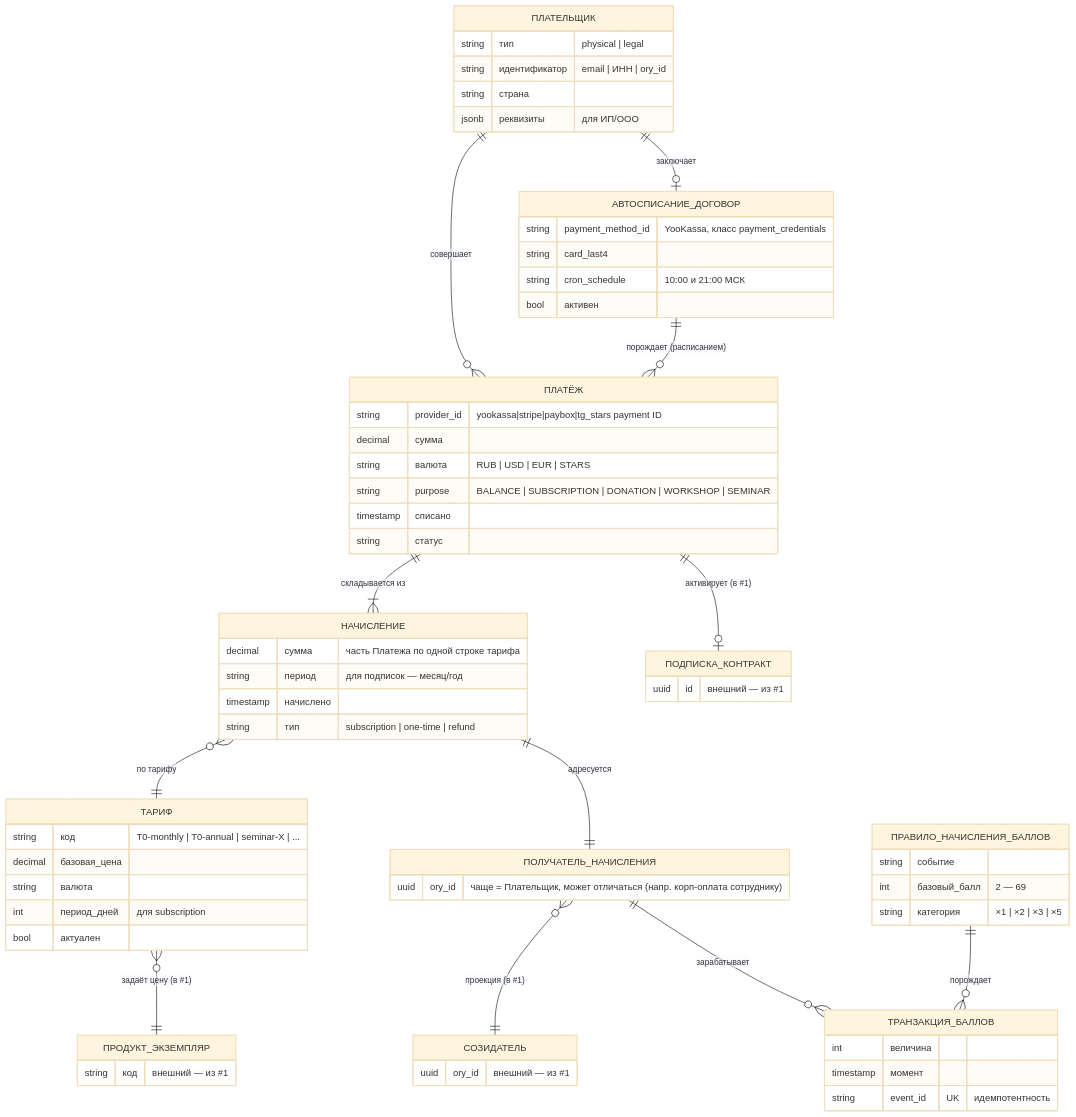
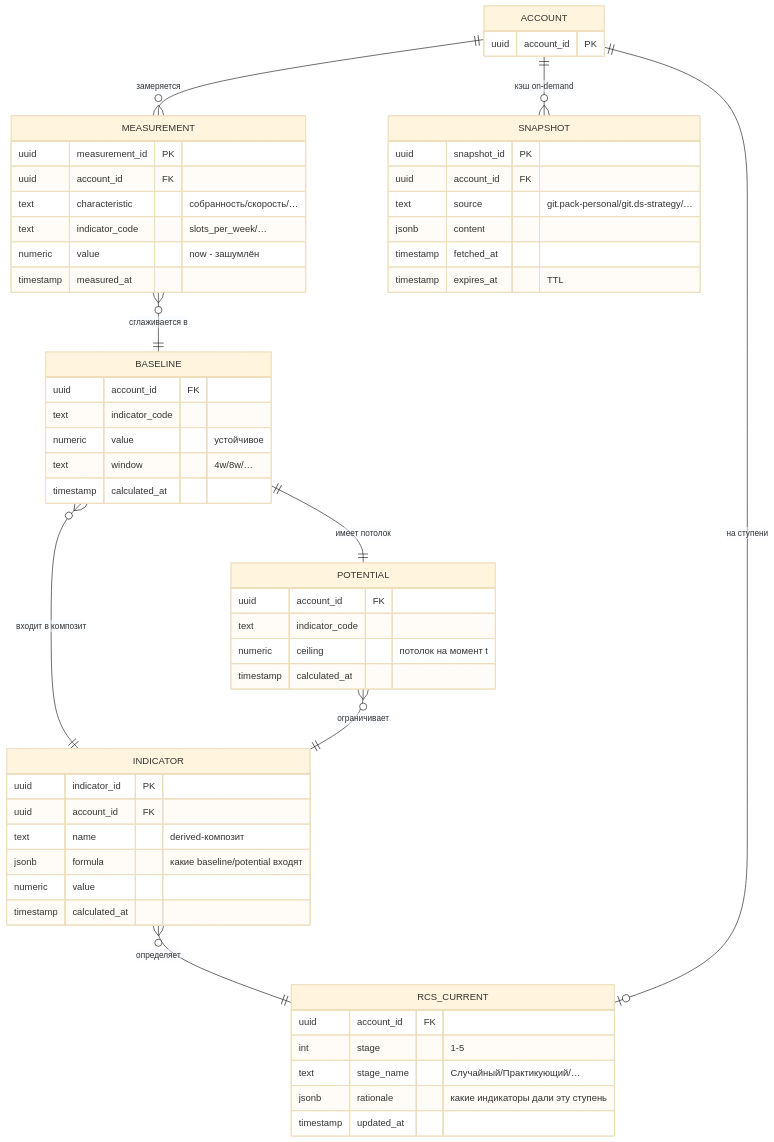
The sixth of 17 diagrams in pack/digital-platform/02-domain-entities/DP.ARCH.004-neon-data-architecture.md (TserenTserenov/PACK-digital-platform), drawn with Mermaid (base theme) before and after one commit. The commit also changed other lines of this file and 29 other files, not shown here.

````diff
--- a/pack/digital-platform/02-domain-entities/DP.ARCH.004-neon-data-architecture.md
+++ b/pack/digital-platform/02-domain-entities/DP.ARCH.004-neon-data-architecture.md
@@ -476,70 +542,59 @@
 ```mermaid
 erDiagram
-    ПЛАТЕЛЬЩИК ||--o{ ПЛАТЁЖ : "совершает"
-    ПЛАТЕЛЬЩИК ||--o| АВТОСПИСАНИЕ_ДОГОВОР : "заключает"
-    ПЛАТЁЖ ||--|{ НАЧИСЛЕНИЕ : "складывается из"
-    НАЧИСЛЕНИЕ }o--|| ТАРИФ : "по тарифу"
-    НАЧИСЛЕНИЕ ||--|| ПОЛУЧАТЕЛЬ_НАЧИСЛЕНИЯ : "адресуется"
-    ПОЛУЧАТЕЛЬ_НАЧИСЛЕНИЯ }o--|| СОЗИДАТЕЛЬ : "проекция (в #1)"
-    ТАРИФ }o--|| ПРОДУКТ_ЭКЗЕМПЛЯР : "задаёт цену (в #1)"
-    АВТОСПИСАНИЕ_ДОГОВОР ||--o{ ПЛАТЁЖ : "порождает (расписанием)"
-    ПЛАТЁЖ ||--o| ПОДПИСКА_КОНТРАКТ : "активирует (в #1)"
-    ПОЛУЧАТЕЛЬ_НАЧИСЛЕНИЯ ||--o{ ТРАНЗАКЦИЯ_БАЛЛОВ : "зарабатывает"
-    ПРАВИЛО_НАЧИСЛЕНИЯ_БАЛЛОВ ||--o{ ТРАНЗАКЦИЯ_БАЛЛОВ : "порождает"
+    ACCOUNT ||--o{ MEASUREMENT : "замеряется"
+    MEASUREMENT }o--|| BASELINE : "сглаживается в"
+    BASELINE ||--|| POTENTIAL : "имеет потолок"
+    BASELINE }o--|| INDICATOR : "входит в композит"
+    POTENTIAL }o--|| INDICATOR : "ограничивает"
+    INDICATOR }o--|| RCS_CURRENT : "определяет"
+    ACCOUNT ||--o| RCS_CURRENT : "на ступени"
+    ACCOUNT ||--o{ SNAPSHOT : "кэш on-demand"
 
-    СОЗИДАТЕЛЬ {
-        uuid ory_id "внешний — из #1"
+    MEASUREMENT {
+        uuid measurement_id PK
+        uuid account_id FK
+        text characteristic "собранность/скорость/…"
+        text indicator_code "slots_per_week/…"
+        numeric value "now - зашумлён"
+        timestamp measured_at
     }
-    ПРОДУКТ_ЭКЗЕМПЛЯР {
-        string код "внешний — из #1"
+    BASELINE {
+        uuid account_id FK
+        text indicator_code
+        numeric value "устойчивое"
+        text window "4w/8w/…"
+        timestamp calculated_at
     }
-    ПОДПИСКА_КОНТРАКТ {
-        uuid id "внешний — из #1"
+    POTENTIAL {
+        uuid account_id FK
+        text indicator_code
+        numeric ceiling "потолок на момент t"
+        timestamp calculated_at
     }
-    ПЛАТЕЛЬЩИК {
-        string тип "physical | legal"
-        string идентификатор "email | ИНН | ory_id"
-        string страна
-        jsonb реквизиты "для ИП/ООО"
+    INDICATOR {
+        uuid indicator_id PK
+        uuid account_id FK
+        text name "derived-композит"
+        jsonb formula "какие baseline/potential входят"
+        numeric value
+        timestamp calculated_at
     }
-    ПЛАТЁЖ {
-        string provider_id "yookassa|stripe|paybox|tg_stars payment ID"
-        decimal сумма
-        string валюта "RUB | USD | EUR | STARS"
-        string purpose "BALANCE | SUBSCRIPTION | DONATION | WORKSHOP | SEMINAR"
-        timestamp списано
-        string статус
+    RCS_CURRENT {
+        uuid account_id FK
+        int stage "1-5"
+        text stage_name "Случайный/Практикующий/…"
+        jsonb rationale "какие индикаторы дали эту ступень"
+        timestamp updated_at
     }
-    НАЧИСЛЕНИЕ {
-        decimal сумма "часть Платежа по одной строке тарифа"
-        string период "для подписок — месяц/год"
-        timestamp начислено
-        string тип "subscription | one-time | refund"
+    SNAPSHOT {
+        uuid snapshot_id PK
+        uuid account_id FK
+        text source "git.pack-personal/git.ds-strategy/…"
+        jsonb content
+        timestamp fetched_at
+        timestamp expires_at "TTL"
     }
-    ПОЛУЧАТЕЛЬ_НАЧИСЛЕНИЯ {
-        uuid ory_id "чаще = Плательщик, может отличаться (напр. корп-оплата сотруднику)"
-    }
-    ТАРИФ {
-        string код "T0-monthly | T0-annual | seminar-X | ..."
-        decimal базовая_цена
-        string валюта
-        int период_дней "для subscription"
-        bool актуален
-    }
-    АВТОСПИСАНИЕ_ДОГОВОР {
-        string payment_method_id "YooKassa, класс payment_credentials"
-        string card_last4
-        string cron_schedule "10:00 и 21:00 МСК"
-        bool активен
-    }
-    ПРАВИЛО_НАЧИСЛЕНИЯ_БАЛЛОВ {
-        string событие
-        int базовый_балл "2 — 69"
-        string категория "×1 | ×2 | ×3 | ×5"
-    }
-    ТРАНЗАКЦИЯ_БАЛЛОВ {
-        int величина
-        timestamp момент
-        string event_id UK "идемпотентность"
+    ACCOUNT {
+        uuid account_id PK
     }
 ```
````
